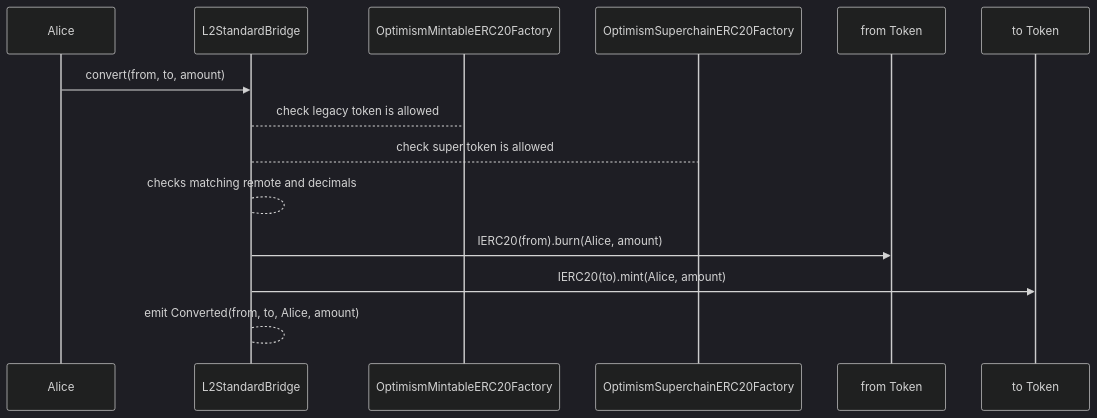
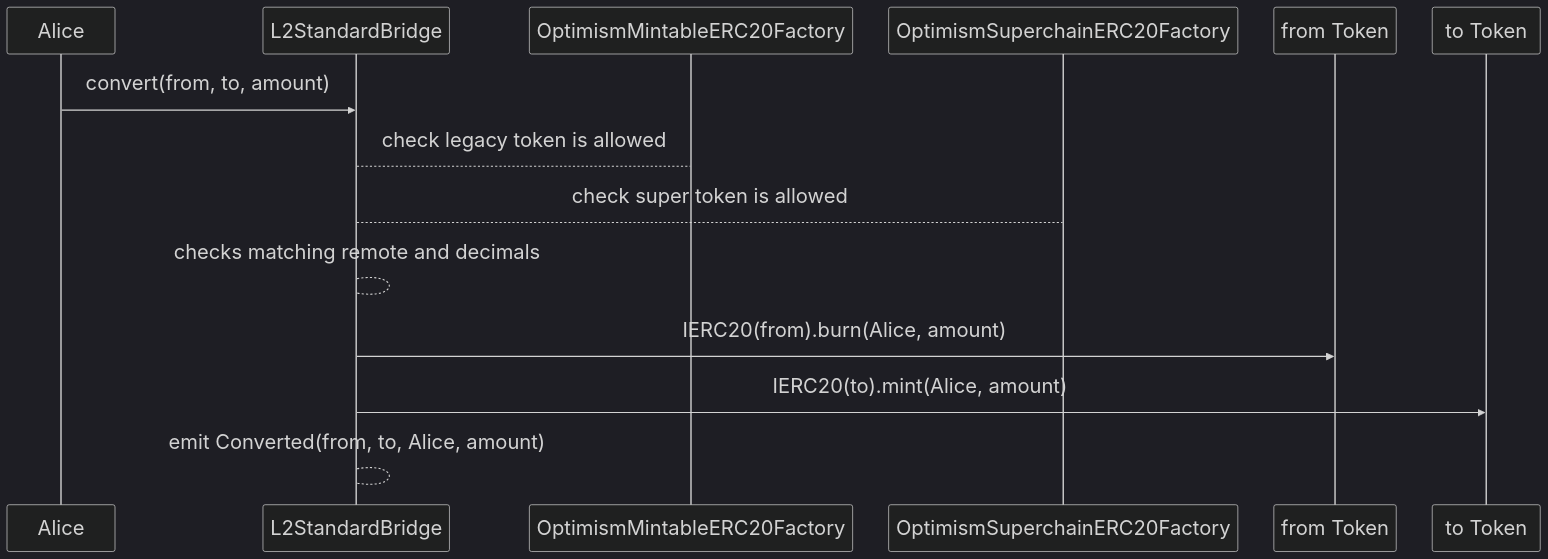
One commit to ethereum-optimism/specs changed the third of 4 diagrams in specs/interop/predeploys.md. Above: the diagram before and after it, drawn with Mermaid. The commit also changed other lines of this file, not shown here.

Commit message:
Change second diagram theme to dark and increase font size for both for accessibility

````diff
--- a/specs/interop/predeploys.md
+++ b/specs/interop/predeploys.md
@@ -664,21 +664,22 @@
 ```mermaid
 ---
 config:
   theme: dark
+  fontSize: 28
 ---
 sequenceDiagram
   participant Alice
   participant L2StandardBridge
   participant factory as OptimismMintableERC20Factory
   participant superfactory as OptimismSuperchainERC20Factory
   participant legacy as from Token
   participant SuperERC20 as to Token
 
   Alice->>L2StandardBridge: convert(from, to, amount)
   L2StandardBridge-->factory: check legacy token is allowed
   L2StandardBridge-->superfactory: check super token is allowed
   L2StandardBridge-->L2StandardBridge: checks matching remote and decimals
   L2StandardBridge->>legacy: IERC20(from).burn(Alice, amount)
   L2StandardBridge->>SuperERC20: IERC20(to).mint(Alice, amount)
   L2StandardBridge-->L2StandardBridge: emit Converted(from, to, Alice, amount)
 ```
````
